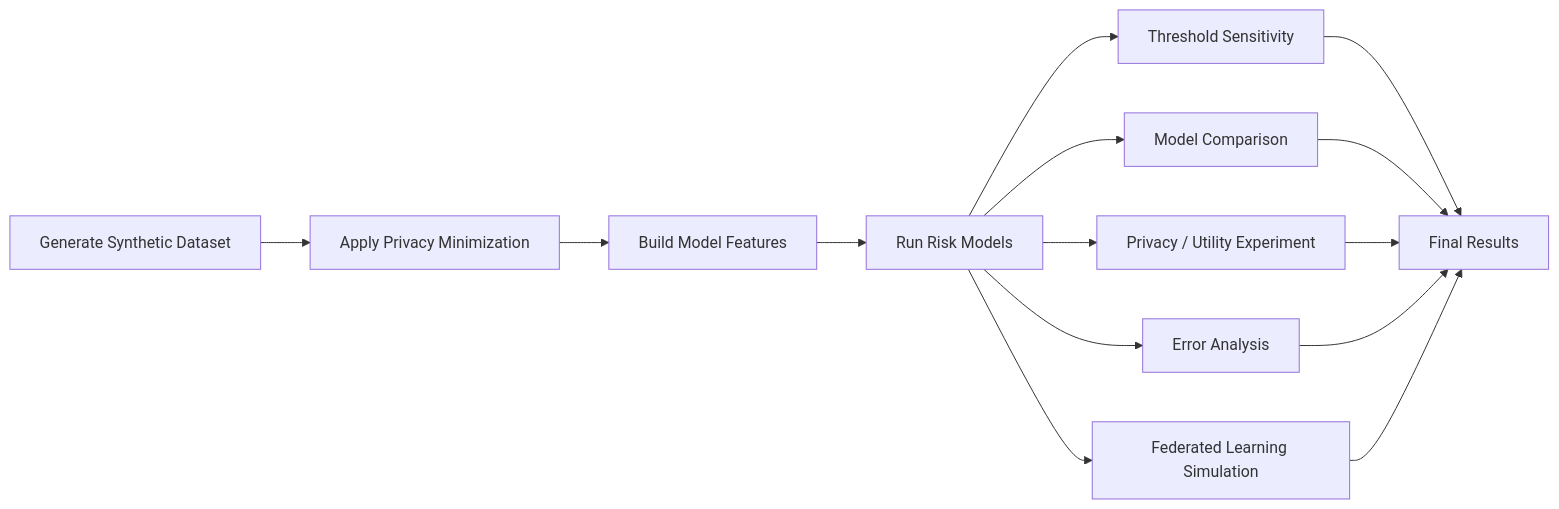
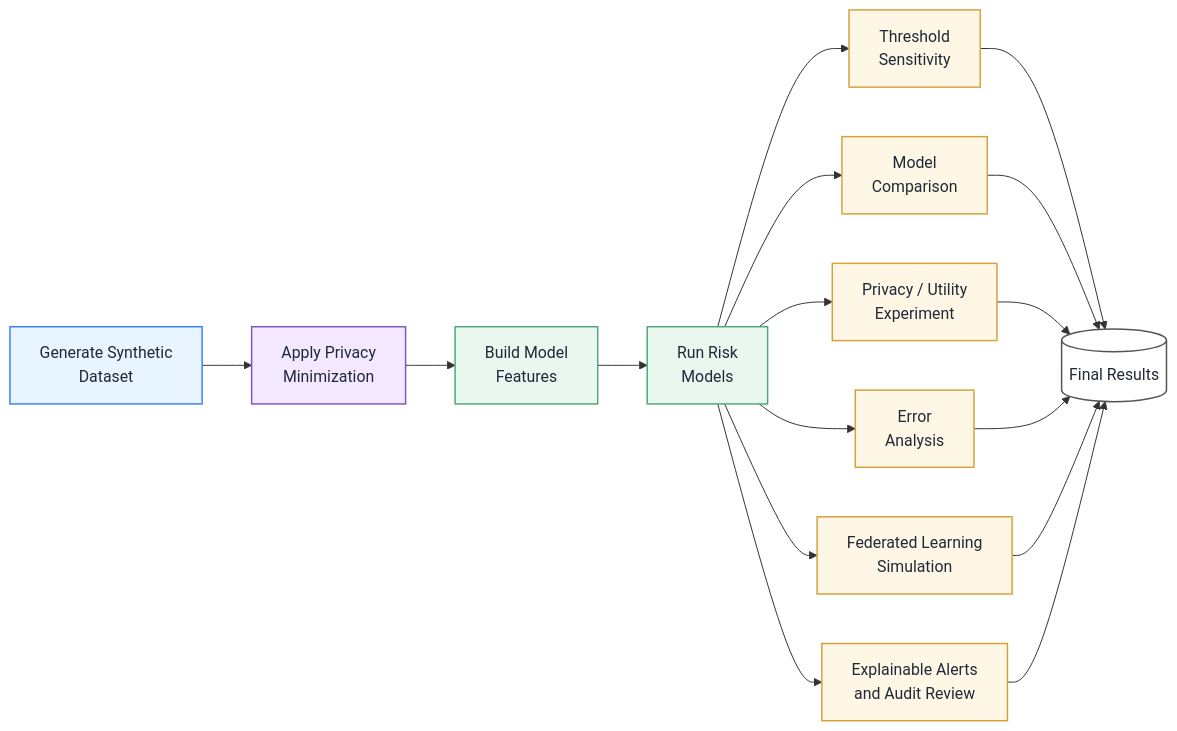
Before and after one commit to mariacioratanu/pcd-analytics-dashboard: the fifth of 5 diagrams in README.md, drawn with Mermaid. The commit also changed other lines of this file, not shown here.

````diff
--- a/README.md
+++ b/README.md
@@ -141,16 +168,32 @@
 ```mermaid
 flowchart LR
-    A[Generate Synthetic Dataset] --> B[Apply Privacy Minimization]
-    B --> C[Build Model Features]
-    C --> D[Run Risk Models]
-    D --> E[Threshold Sensitivity]
-    D --> F[Model Comparison]
-    D --> G[Privacy / Utility Experiment]
-    D --> H[Error Analysis]
-    D --> I[Federated Learning Simulation]
-    E --> J[Final Results]
-    F --> J
-    G --> J
-    H --> J
-    I --> J
+    A[Generate Synthetic<br/>Dataset] --> B[Apply Privacy<br/>Minimization]
+    B --> C[Build Model<br/>Features]
+    C --> D[Run Risk<br/>Models]
+
+    D --> E[Threshold<br/>Sensitivity]
+    D --> F[Model<br/>Comparison]
+    D --> G[Privacy / Utility<br/>Experiment]
+    D --> H[Error<br/>Analysis]
+    D --> I[Federated Learning<br/>Simulation]
+    D --> J[Explainable Alerts<br/>and Audit Review]
+
+    E --> K[(Final Results)]
+    F --> K
+    G --> K
+    H --> K
+    I --> K
+    J --> K
+
+    classDef data fill:#E8F4FF,stroke:#3B82F6,stroke-width:1.5px,color:#1F2937;
+    classDef privacy fill:#F3E8FF,stroke:#7E57C2,stroke-width:1.5px,color:#1F2937;
+    classDef model fill:#EAF7EF,stroke:#4FA77A,stroke-width:1.5px,color:#1F2937;
+    classDef experiment fill:#FFF7E6,stroke:#D8A23A,stroke-width:1.5px,color:#1F2937;
+    classDef output fill:#FFFFFF,stroke:#555555,stroke-width:1.5px,color:#1F2937;
+
+    class A data;
+    class B privacy;
+    class C,D model;
+    class E,F,G,H,I,J experiment;
+    class K output;
 ```
````
